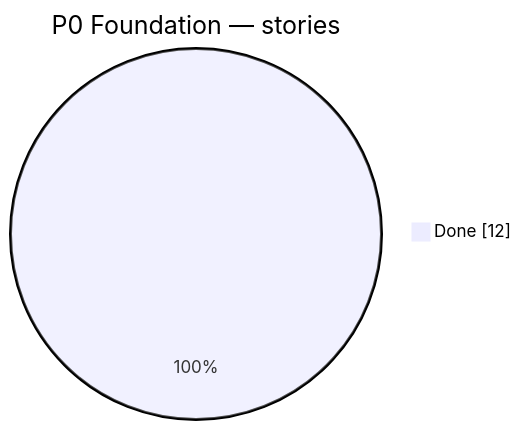
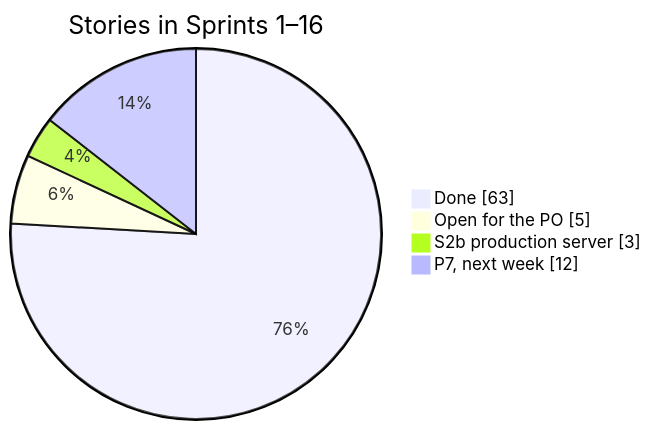
The first of 2 diagrams in docs/plan/roadmap.md (Sira-Labs/Suffa), drawn with Mermaid before and after one commit. The commit also changed other lines of this file and 2 other files, not shown here.

First line of the commit message:
docs: plan, roadmap and README for S1–S14 built and the week ahead

````diff
--- a/docs/plan/roadmap.md
+++ b/docs/plan/roadmap.md
@@ -16,5 +16,8 @@
 ```mermaid
 pie showData
-  title P0 Foundation — stories
-  "Done" : 12
+  title Stories in Sprints 1–16
+  "Done" : 63
+  "Open for the PO" : 5
+  "S2b production server" : 3
+  "P7, next week" : 12
 ```
````
